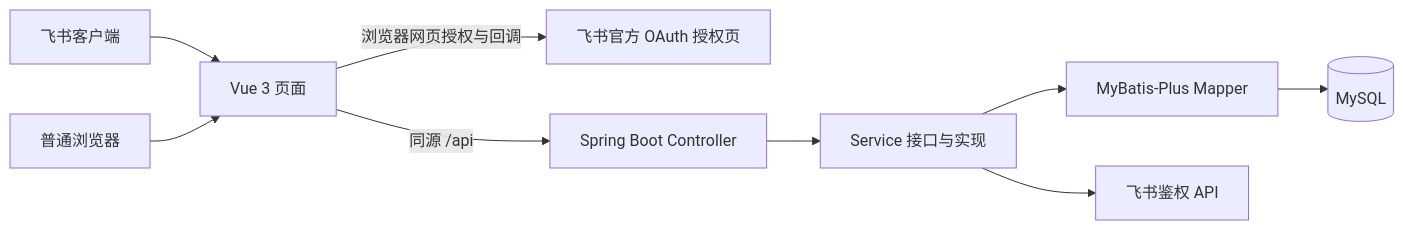
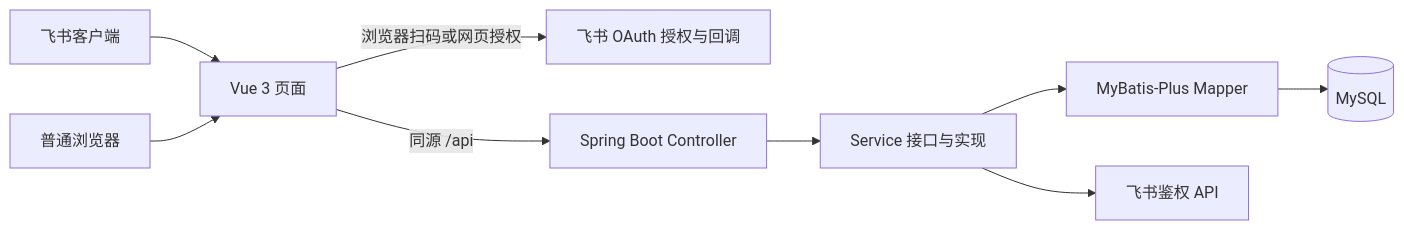
The diagram in docs/architecture/system-overview.md (szhi1488/differentiated-policy), drawn with Mermaid before and after one commit. The commit also changed other lines of this file and 111 other files, not shown here.

````diff
--- a/docs/architecture/system-overview.md
+++ b/docs/architecture/system-overview.md
@@ -13,11 +13,11 @@
 ```mermaid
 flowchart LR
     F[飞书客户端] --> V[Vue 3 页面]
     B[普通浏览器] --> V
-    V -->|浏览器网页授权与回调| O[飞书官方 OAuth 授权页]
+    V -->|浏览器扫码或网页授权| O[飞书 OAuth 授权与回调]
     V -->|同源 /api| C[Spring Boot Controller]
     C --> S[Service 接口与实现]
     S --> M[MyBatis-Plus Mapper]
     M --> D[(MySQL)]
     S --> L[飞书鉴权 API]
 ```
````
